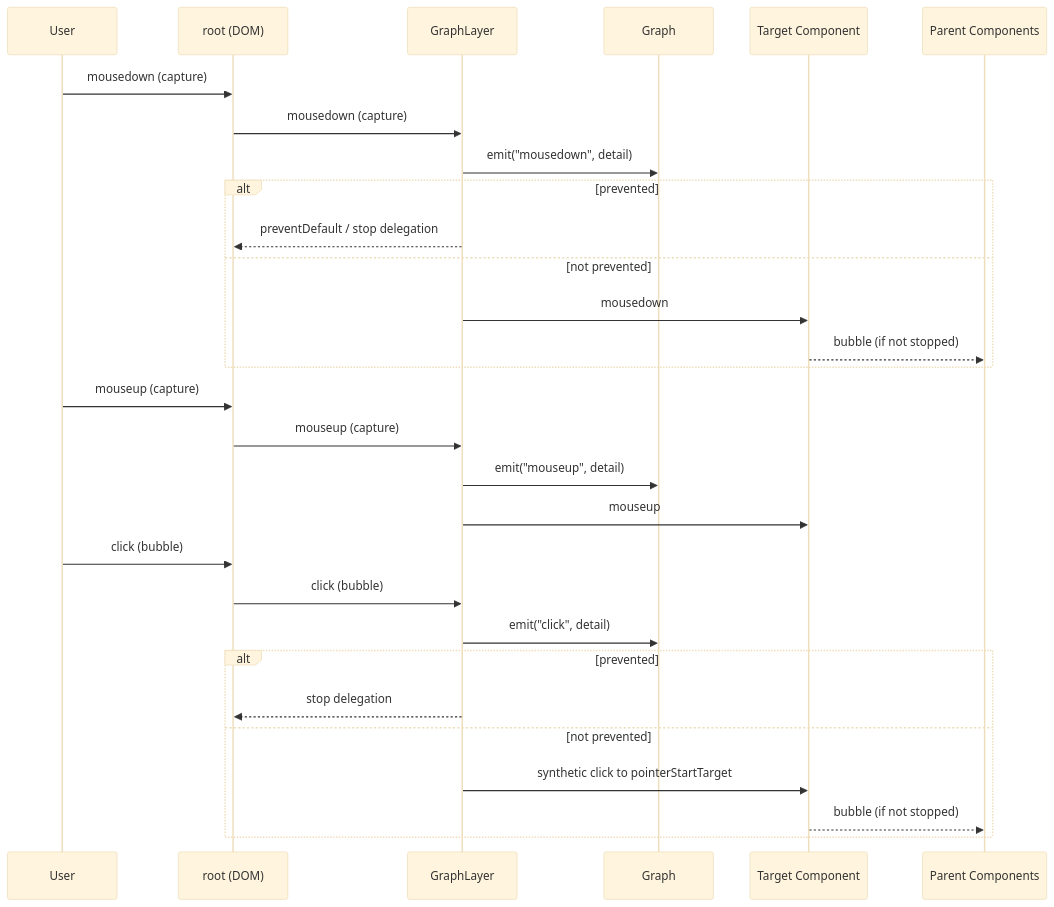
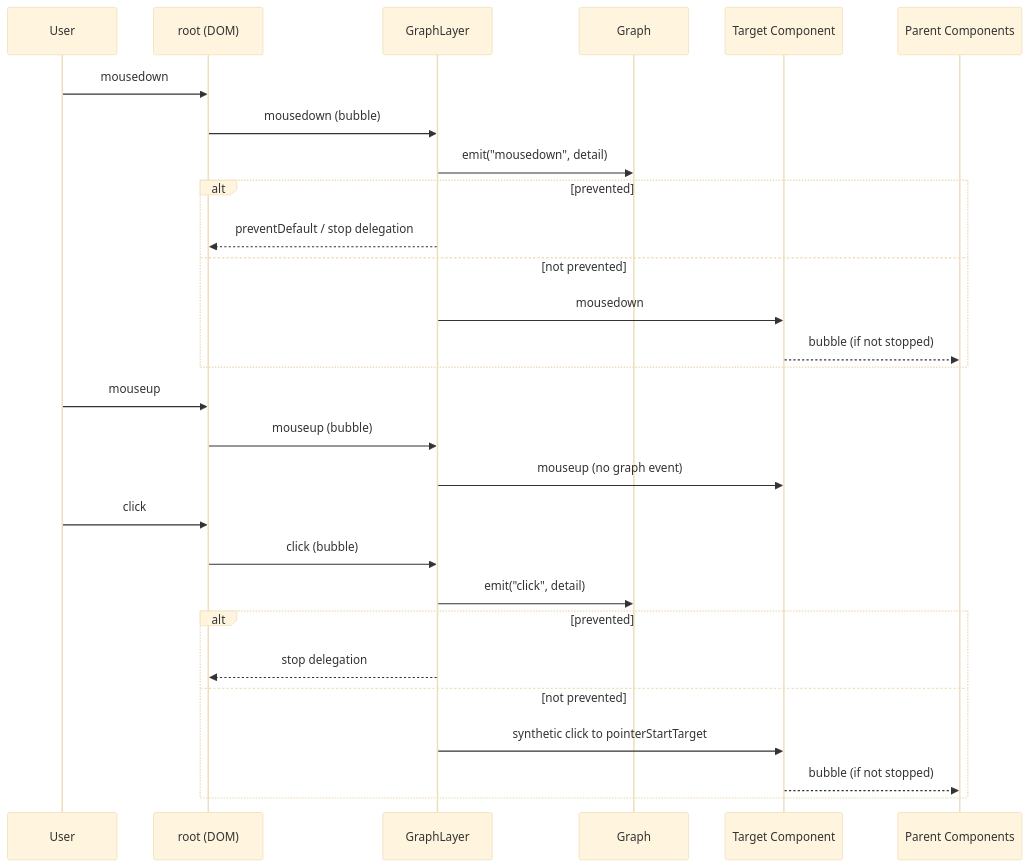
The diagram in packages/graph/docs/system/event-model.md (gravity-ui/graph), drawn with Mermaid (base theme) before and after one commit. The commit also changed other lines of this file and 109 other files, not shown here.

First line of the commit message:
feat(graph)!: child scene components, hit levels and the HTML handover

````diff
--- a/packages/graph/docs/system/event-model.md
+++ b/packages/graph/docs/system/event-model.md
@@ -26,34 +30,33 @@
 ```mermaid
 sequenceDiagram
   participant U as User
   participant R as root (DOM)
   participant L as GraphLayer
   participant G as Graph
   participant T as Target Component
   participant P as Parent Components
 
-  U->>R: mousedown (capture)
-  R->>L: mousedown (capture)
+  U->>R: mousedown
+  R->>L: mousedown (bubble)
   L->>G: emit("mousedown", detail)
   alt prevented
     L-->>R: preventDefault / stop delegation
   else not prevented
     L->>T: mousedown
     T-->>P: bubble (if not stopped)
   end
 
-  U->>R: mouseup (capture)
-  R->>L: mouseup (capture)
-  L->>G: emit("mouseup", detail)
-  L->>T: mouseup
+  U->>R: mouseup
+  R->>L: mouseup (bubble)
+  L->>T: mouseup (no graph event)
 
-  U->>R: click (bubble)
+  U->>R: click
   R->>L: click (bubble)
   L->>G: emit("click", detail)
   alt prevented
     L-->>R: stop delegation
   else not prevented
     L->>T: synthetic click to pointerStartTarget
     T-->>P: bubble (if not stopped)
   end
 ```
````
